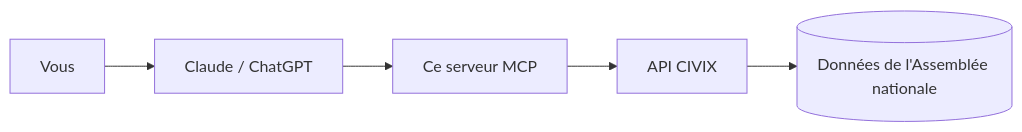
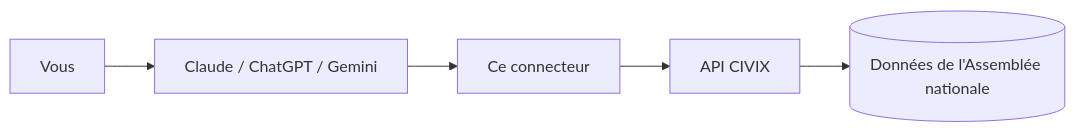
One commit to Toumi-Elyes/mcp-assemblee-nationale changed the diagram in README.md. Above: the diagram before and after it, drawn with Mermaid. The commit also changed other lines of this file, not shown here.

````diff
--- a/README.md
+++ b/README.md
@@ -183,7 +185,7 @@
 ```mermaid
 flowchart LR
-    A[Vous] --> B[Claude / ChatGPT]
-    B --> C[Ce serveur MCP]
+    A[Vous] --> B[Claude / ChatGPT / Gemini]
+    B --> C[Ce connecteur]
     C --> D[API CIVIX]
     D --> E[(Données de l'Assemblée nationale)]
 ```
````
